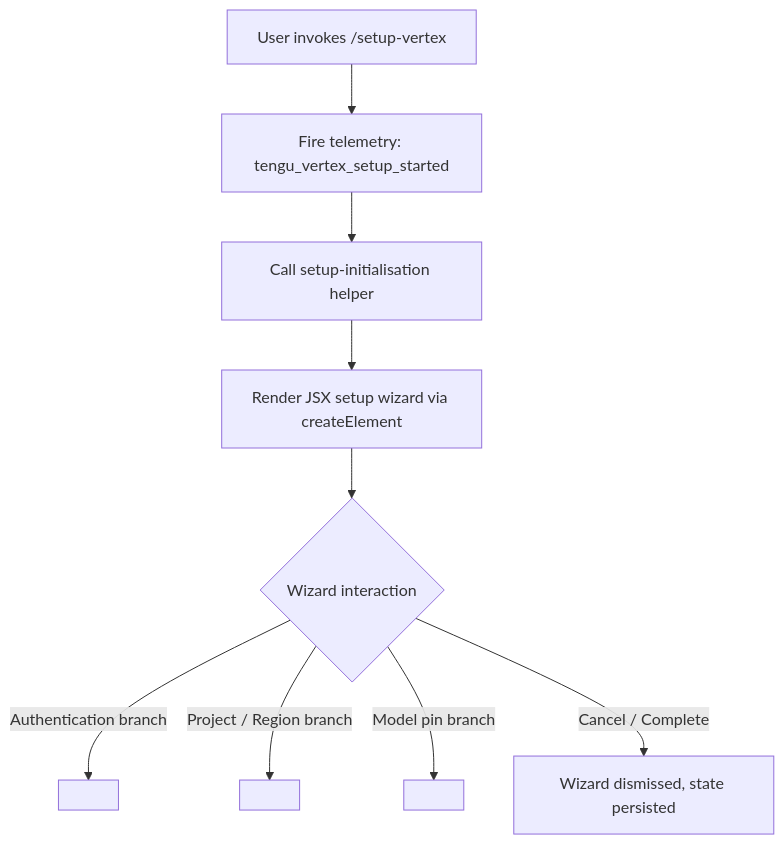
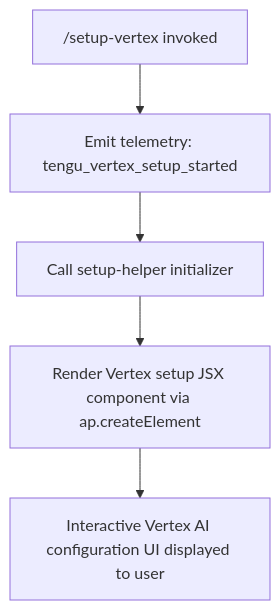
One commit to MyLittleLuckyDog/cc-gnothi changed the diagram in versions/v2.1.143/setup-vertex.md. Above: the diagram before and after it, drawn with Mermaid. The commit also changed other lines of this file and 87 other files, not shown here.

````diff
--- a/versions/v2.1.143/setup-vertex.md
+++ b/versions/v2.1.143/setup-vertex.md
@@ -41,11 +45,7 @@
 ```mermaid
 flowchart TD
-    A[User invokes /setup-vertex] --> B[Fire telemetry: tengu_vertex_setup_started]
-    B --> C[Call setup-initialisation helper]
-    C --> D[Render JSX setup wizard via createElement]
-    D --> E{Wizard interaction}
-    E -->|Authentication branch| F[<!-- TODO: not found in depth-2 traversal; needs --depth 4 -->]
-    E -->|Project / Region branch| G[<!-- TODO: not found in depth-2 traversal; needs --depth 4 -->]
-    E -->|Model pin branch| H[<!-- TODO: not found in depth-2 traversal; needs --depth 4 -->]
-    E -->|Cancel / Complete| I[Wizard dismissed, state persisted]
+    A["/setup-vertex invoked"] --> B["Emit telemetry: tengu_vertex_setup_started"]
+    B --> C["Call setup-helper initializer"]
+    C --> D["Render Vertex setup JSX component via ap.createElement"]
+    D --> E["Interactive Vertex AI configuration UI displayed to user"]
 ```
````
